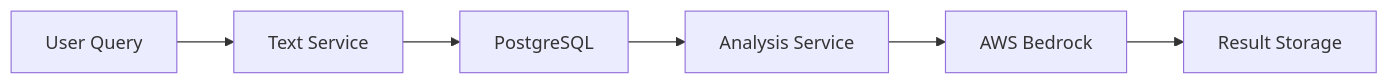
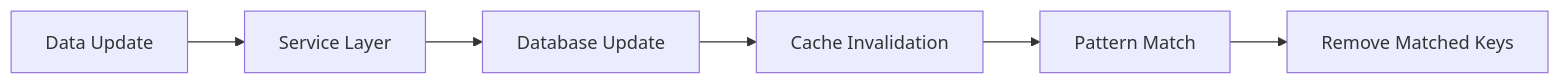
The second of 2 diagrams in cline_docs/New Architecture System Docs/codebaseSummary.md (Atlogit/atlomy_chat), drawn with Mermaid before and after one commit. The commit also changed other lines of this file, not shown here.

````diff
--- a/cline_docs/New Architecture System Docs/codebaseSummary.md
+++ b/cline_docs/New Architecture System Docs/codebaseSummary.md
@@ -298,8 +489,8 @@
 ```mermaid
 graph LR
-    A[User Query] --> B[Text Service]
-    B --> C[PostgreSQL]
-    C --> D[Analysis Service]
-    D --> E[AWS Bedrock]
-    E --> F[Result Storage]
+    A[Data Update] --> B[Service Layer]
+    B --> C[Database Update]
+    C --> D[Cache Invalidation]
+    D --> E[Pattern Match]
+    E --> F[Remove Matched Keys]
 ```
````
